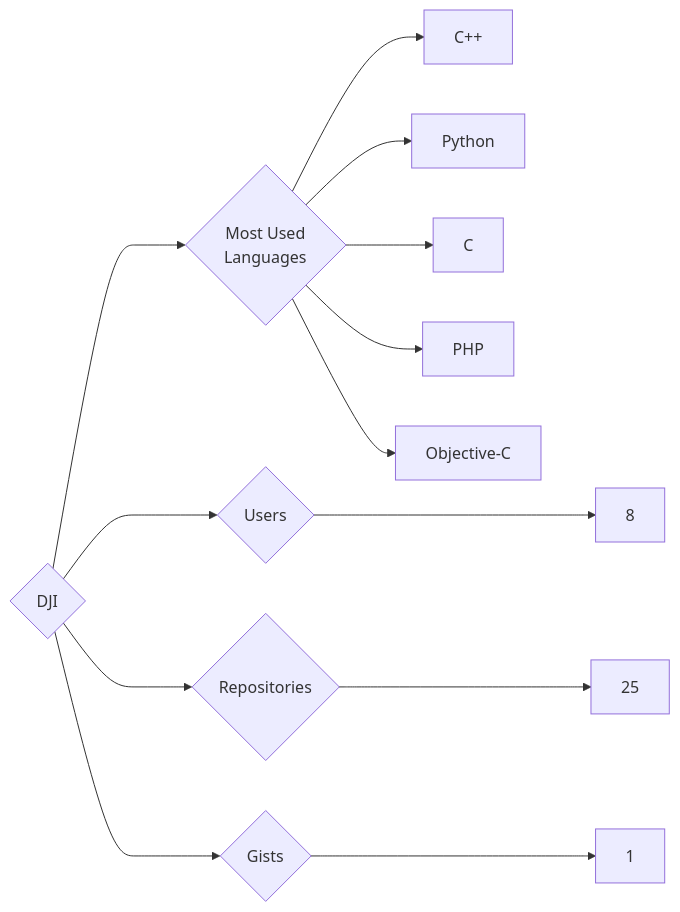
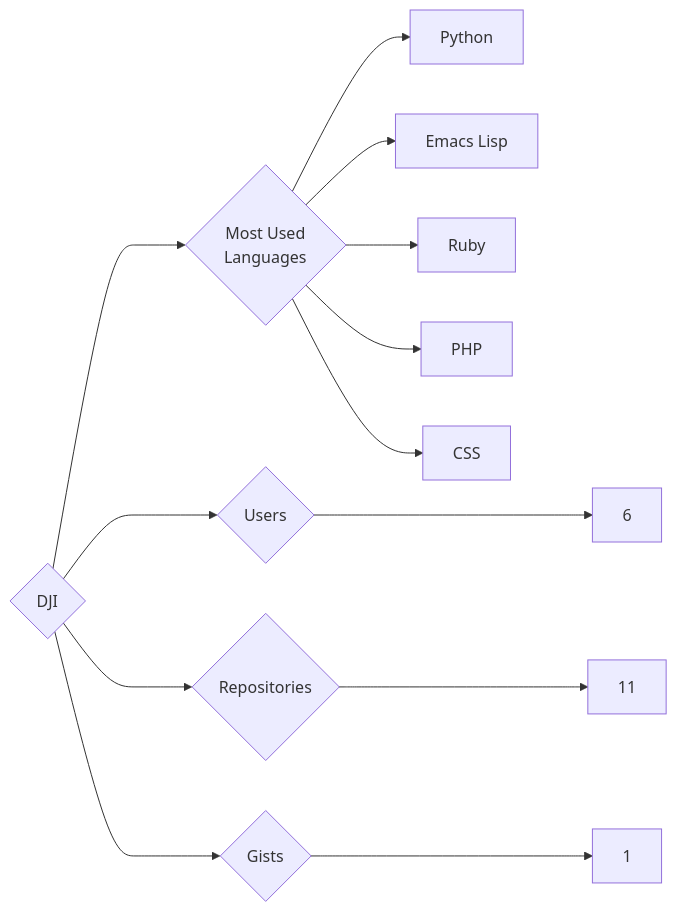
One commit to trickest/insiders changed the diagram in targets/DJI/README.md. Above: the diagram before and after it, drawn with Mermaid. The commit also changed 1020 other files, not shown here.

````diff
--- a/targets/DJI/README.md
+++ b/targets/DJI/README.md
@@ -3,13 +3,13 @@
 ```mermaid
 graph LR
 COMPANY_NAME{DJI}
-COMPANY_NAME ---> U{Users} ---> UN[8]
-COMPANY_NAME ---> R{Repositories} ---> RN[25]
+COMPANY_NAME ---> U{Users} ---> UN[6]
+COMPANY_NAME ---> R{Repositories} ---> RN[11]
 COMPANY_NAME ---> G{Gists} ---> GN[1]
 COMPANY_NAME ---> ML{Most Used<br>Languages}
-ML --> C++[C++]
 ML --> Python[Python]
-ML --> C[C]
+ML --> Emacs_Lisp[Emacs Lisp]
+ML --> Ruby[Ruby]
 ML --> PHP[PHP]
-ML --> Objective-C[Objective-C]
+ML --> CSS[CSS]
 ```
````
